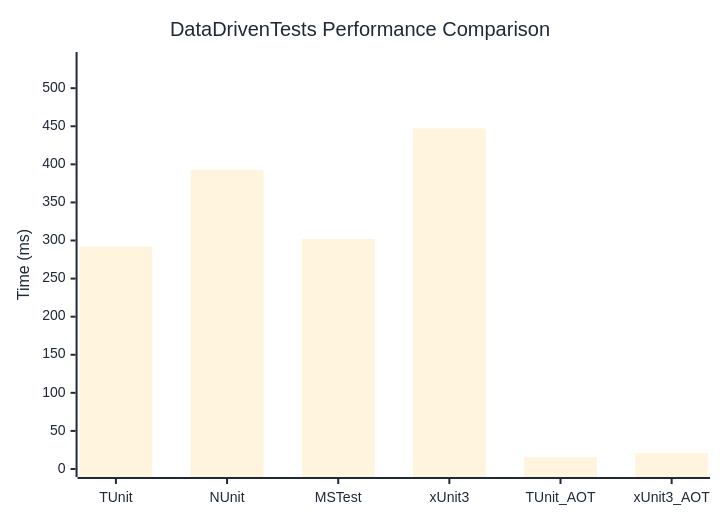
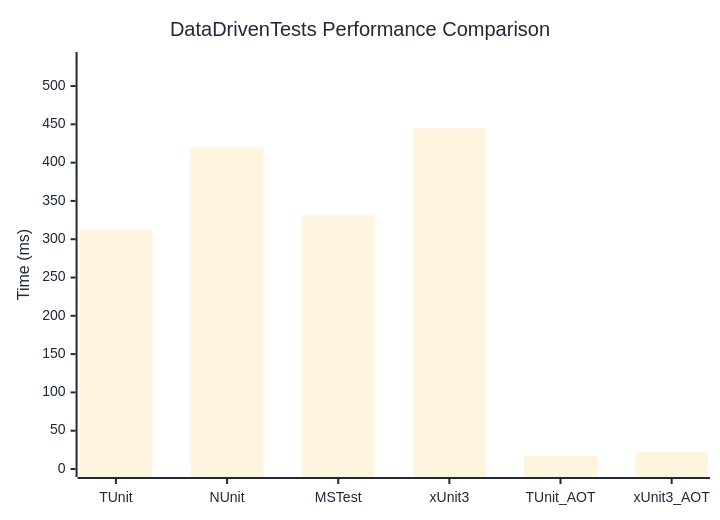
The diagram in docs/docs/benchmarks/engine/DataDrivenTests.md (thomhurst/TUnit), drawn with Mermaid before and after one commit. The commit also changed other lines of this file and 18 other files, not shown here.

````diff
--- a/docs/docs/benchmarks/engine/DataDrivenTests.md
+++ b/docs/docs/benchmarks/engine/DataDrivenTests.md
@@ -30,37 +30,37 @@
 ```mermaid
 %%{init: {
   'theme':'base',
   'themeVariables': {
     'primaryColor': '#2563eb',
     'primaryTextColor': '#1f2937',
     'primaryBorderColor': '#1e40af',
     'lineColor': '#6b7280',
     'secondaryColor': '#7c3aed',
     'tertiaryColor': '#dc2626',
     'background': '#ffffff',
     'mainBkg': '#2563eb',
     'secondBkg': '#7c3aed',
     'tertiaryBkg': '#dc2626',
     'clusterBkg': '#f3f4f6',
     'edgeLabelBackground': '#ffffff',
     'tertiaryTextColor': '#1f2937',
     'pie1': '#2563eb',
     'pie2': '#7c3aed',
     'pie3': '#dc2626',
     'pie4': '#f59e0b',
     'pie5': '#10b981',
     'pie6': '#06b6d4',
     'pie7': '#ec4899',
     'pie8': '#6366f1',
     'pie9': '#84cc16',
     'pie10': '#f97316',
     'pie11': '#14b8a6',
     'pie12': '#a855f7'
   }
 }}%%
 xychart-beta
   title "DataDrivenTests Performance Comparison"
   x-axis ["TUnit", "NUnit", "MSTest", "xUnit3", "TUnit_AOT", "xUnit3_AOT"]
-  y-axis "Time (ms)" 0 --> 537
-  bar [291.99, 392.71, 302.13, 447.19, 15.33, 20.67]
+  y-axis "Time (ms)" 0 --> 534
+  bar [311.73, 419.76, 331.58, 444.83, 16.91, 22.1]
 ```
````
